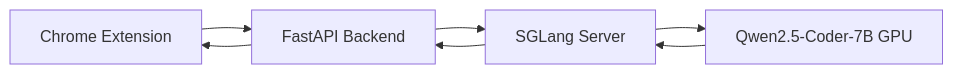
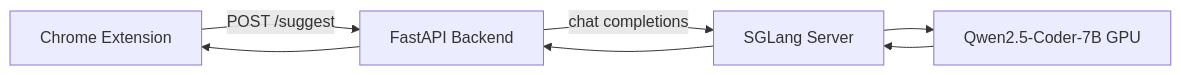
The first of 2 diagrams in README.md (jaychauhan1/canvas-coding-assistant), drawn with Mermaid before and after one commit. The commit also changed other lines of this file and 6 other files, not shown here.

````diff
--- a/README.md
+++ b/README.md
@@ -22,9 +29,9 @@
 ```mermaid
 flowchart LR
-    A[Chrome Extension] --> B[FastAPI Backend]
-    B --> C[SGLang Server]
-    C --> D[Qwen2.5-Coder-7B GPU]
-    D --> C
-    C --> B
-    B --> A
+    Ext[Chrome Extension] -->|POST /suggest| API[FastAPI Backend]
+    API -->|chat completions| SGL[SGLang Server]
+    SGL --> GPU[Qwen2.5-Coder-7B GPU]
+    GPU --> SGL
+    SGL --> API
+    API --> Ext
 ```
````
